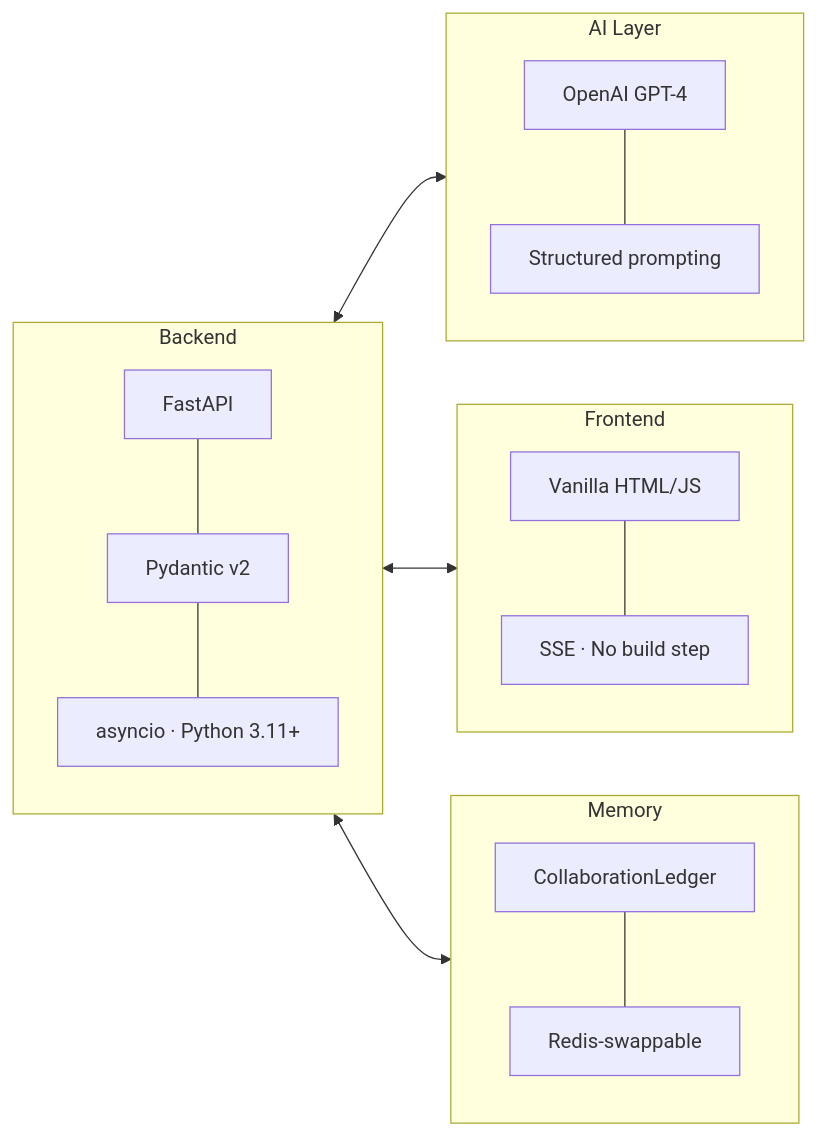
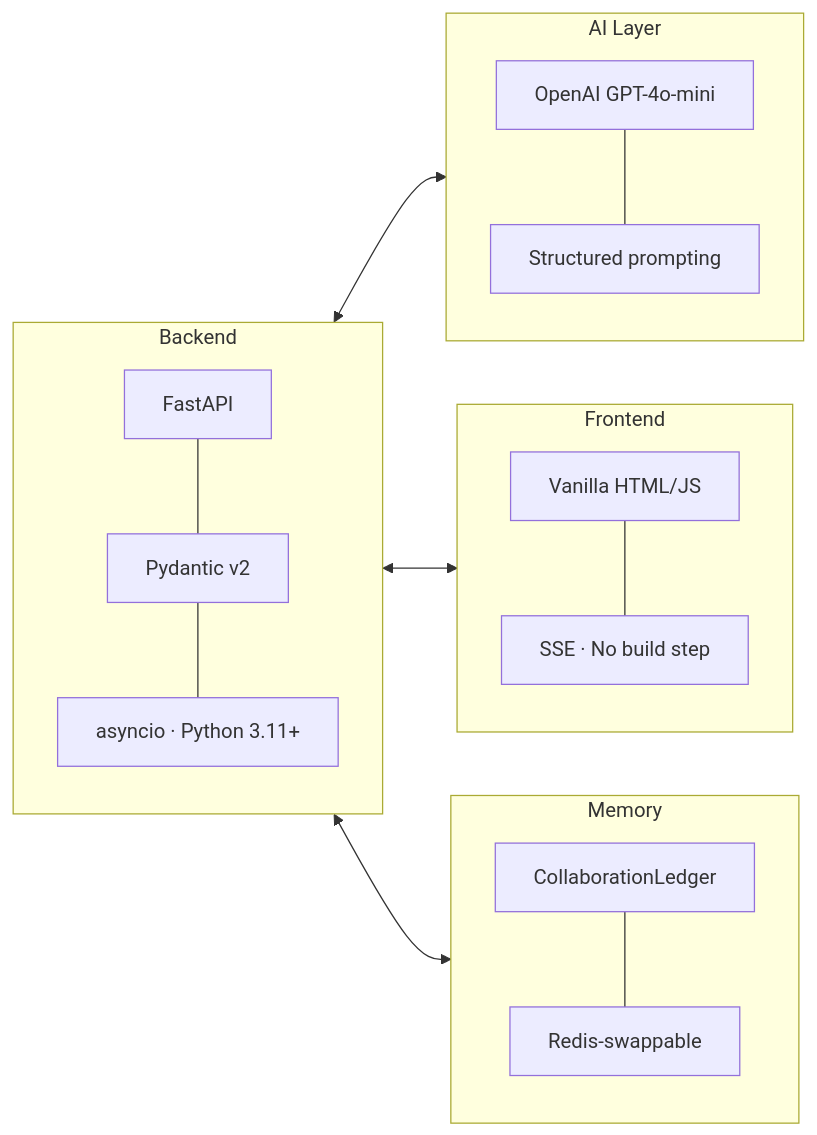
Before and after one commit to divyat2605/creator-collab-coordinator: the eighth of 8 diagrams in README.md, drawn with Mermaid. The commit also changed other lines of this file, not shown here.

Commit message:
docs: correct all GPT-4 references to GPT-4o-mini across README

````diff
--- a/README.md
+++ b/README.md
@@ -406,18 +405,18 @@
 ```mermaid
 flowchart LR
     subgraph BE["Backend"]
         B1[FastAPI] --- B2[Pydantic v2] --- B3[asyncio · Python 3.11+]
     end
     subgraph AI["AI Layer"]
-        A1[OpenAI GPT-4] --- A2[Structured prompting]
+        A1[OpenAI GPT-4o-mini] --- A2[Structured prompting]
     end
     subgraph FE["Frontend"]
         F1[Vanilla HTML/JS] --- F2[SSE · No build step]
     end
     subgraph MEM["Memory"]
         M1[CollaborationLedger] --- M2[Redis-swappable]
     end
     BE <--> AI
     BE <--> FE
     BE <--> MEM
 ```
````
